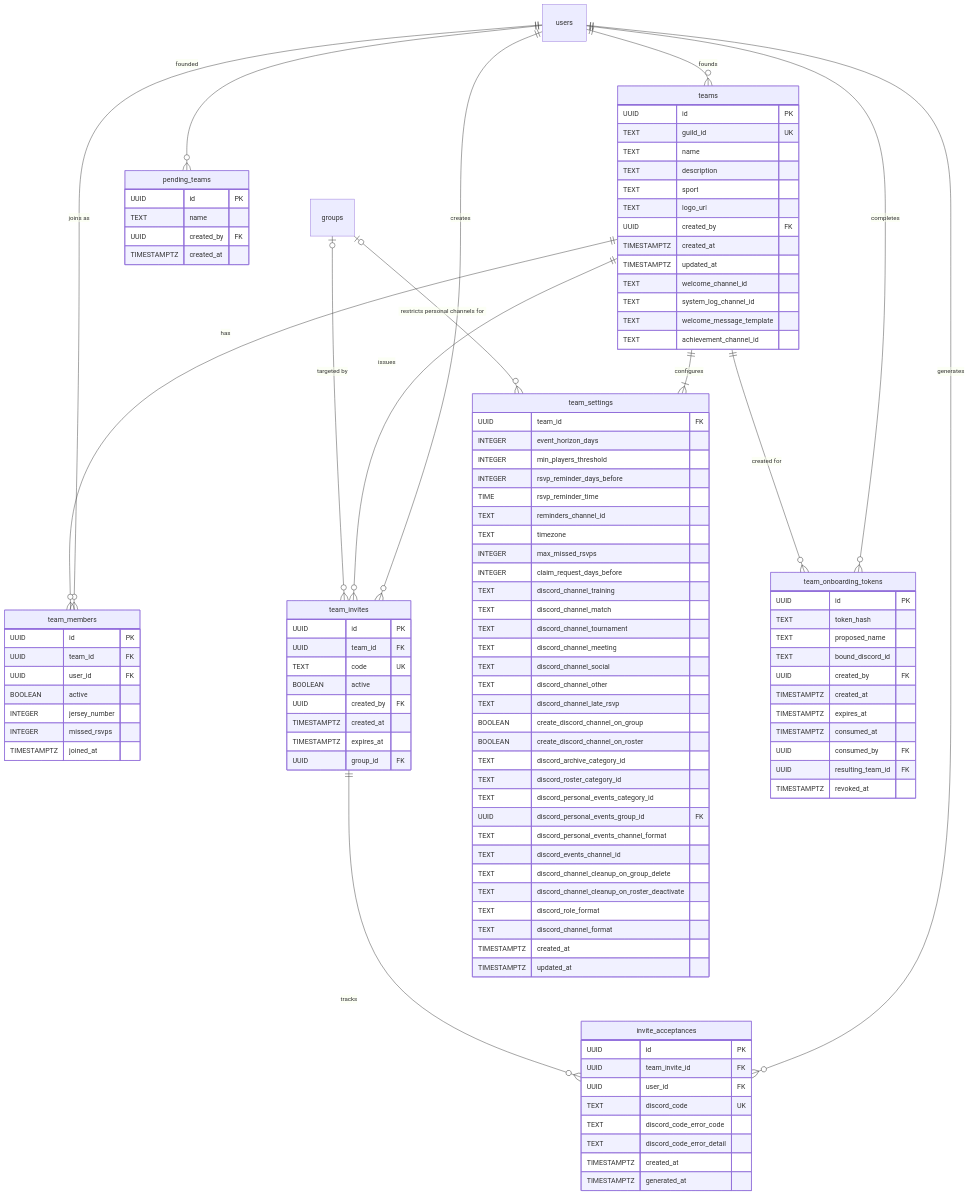
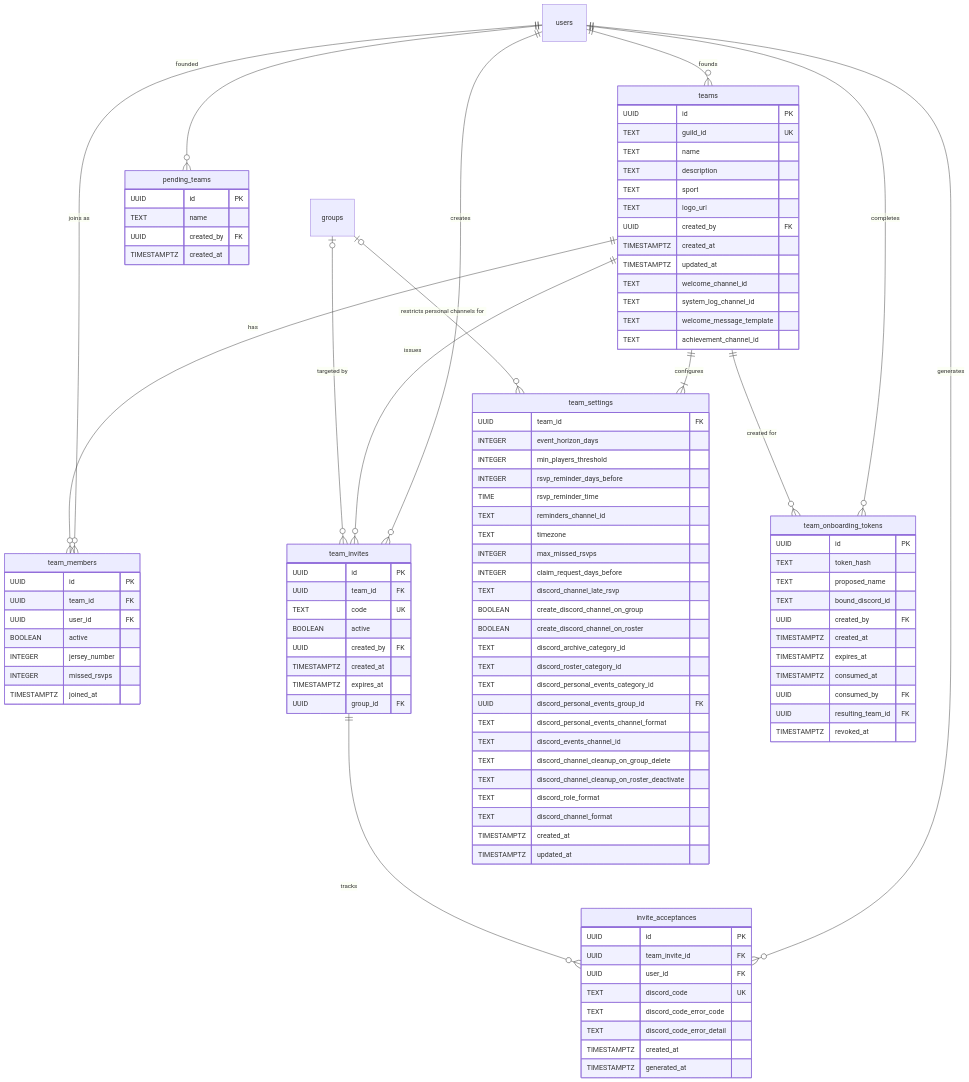
One commit to sideline-cz/sideline changed the third of 21 diagrams in docs/thesis/er-diagram.md. Above: the diagram before and after it, drawn with Mermaid. The commit also changed 32 other files, not shown here.

```diff
--- a/docs/thesis/er-diagram.md
+++ b/docs/thesis/er-diagram.md
@@ -283,12 +283,6 @@
         TEXT timezone
         INTEGER max_missed_rsvps
         INTEGER claim_request_days_before
-        TEXT discord_channel_training
-        TEXT discord_channel_match
-        TEXT discord_channel_tournament
-        TEXT discord_channel_meeting
-        TEXT discord_channel_social
-        TEXT discord_channel_other
         TEXT discord_channel_late_rsvp
         BOOLEAN create_discord_channel_on_group
         BOOLEAN create_discord_channel_on_roster
```
